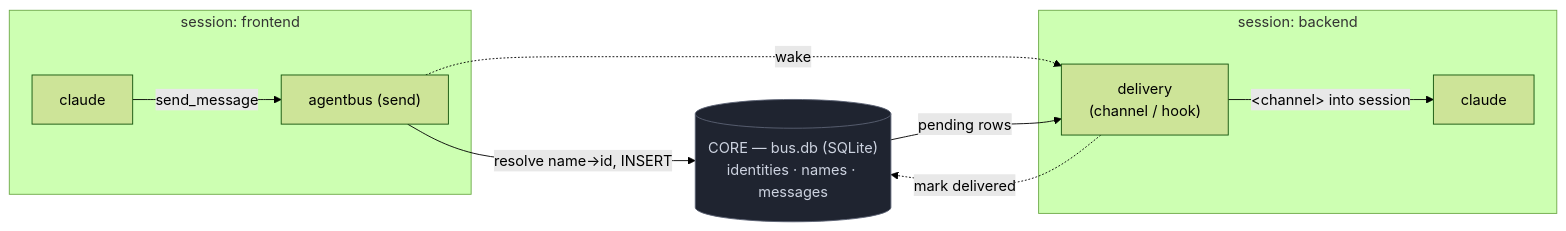
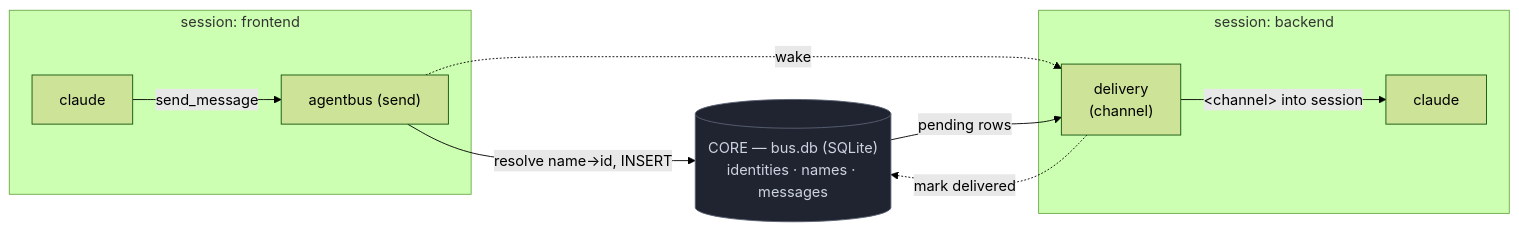
Before and after one commit to biswajitpatra/agentbus: the diagram in README.md, drawn with Mermaid (forest theme). The commit also changed other lines of this file and 9 other files, not shown here.

````diff
--- a/README.md
+++ b/README.md
@@ -31,22 +30,22 @@
 ```mermaid
 flowchart LR
     subgraph S1["session: frontend"]
         SEND1["agentbus (send)"]
         C1["claude"]
     end
     subgraph S2["session: backend"]
         C2["claude"]
-        DLV2["delivery<br/>(channel / hook)"]
+        DLV2["delivery<br/>(channel)"]
     end
     DB[("CORE — bus.db (SQLite)<br/>identities · names · messages")]
 
     C1 -- "send_message" --> SEND1
     SEND1 -- "resolve name→id, INSERT" --> DB
     SEND1 -. "wake" .-> DLV2
     DB -- "pending rows" --> DLV2
     DLV2 -- "&lt;channel&gt; into session" --> C2
     DLV2 -. "mark delivered" .-> DB
 
     classDef db fill:#1f2430,stroke:#5b6273,color:#cdd3e0;
     class DB db;
 ```
````
